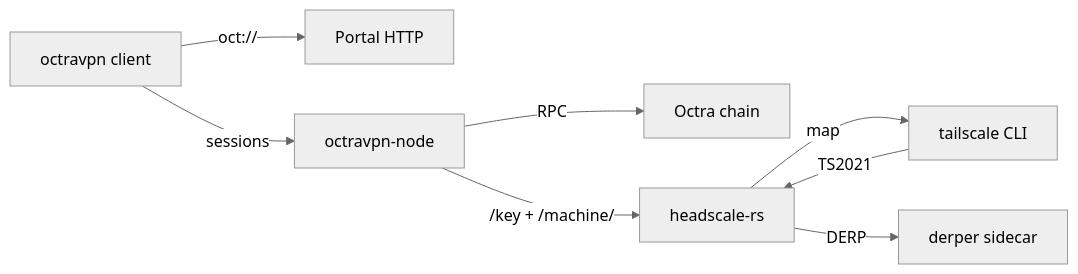
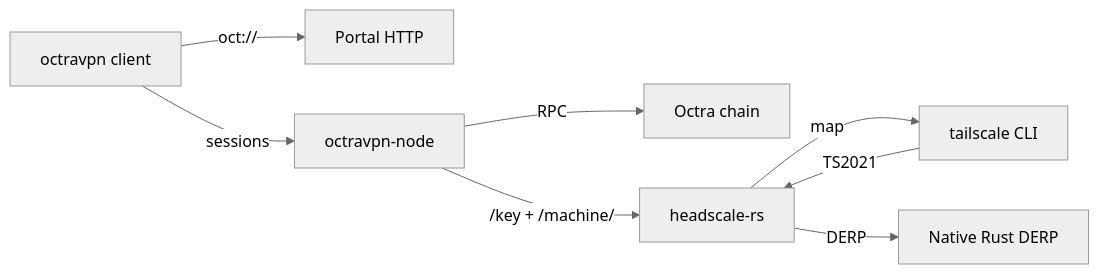
Before and after one commit to androolloyd/octravpn: the diagram in docs/demo.md, drawn with Mermaid (neutral theme). The commit also changed other lines of this file and 22 other files, not shown here.

````diff
--- a/docs/demo.md
+++ b/docs/demo.md
@@ -29,10 +46,10 @@
 ```mermaid
 graph LR
   client[octravpn client] -->|oct://| portal[Portal HTTP]
   client -->|sessions| node[octravpn-node]
   node -->|RPC| chain[Octra chain]
   node -->|/key + /machine/| mesh[headscale-rs]
   tailscale[tailscale CLI] -->|TS2021| mesh
   mesh -->|map| tailscale
-  mesh -->|DERP| derp[derper sidecar]
+  mesh -->|DERP| derp[Native Rust DERP]
 ```
````
